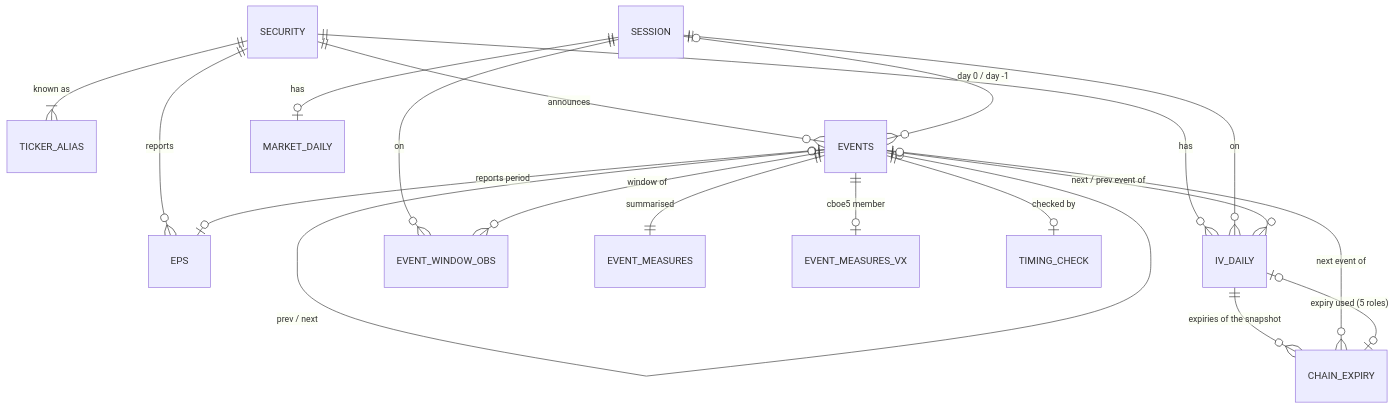
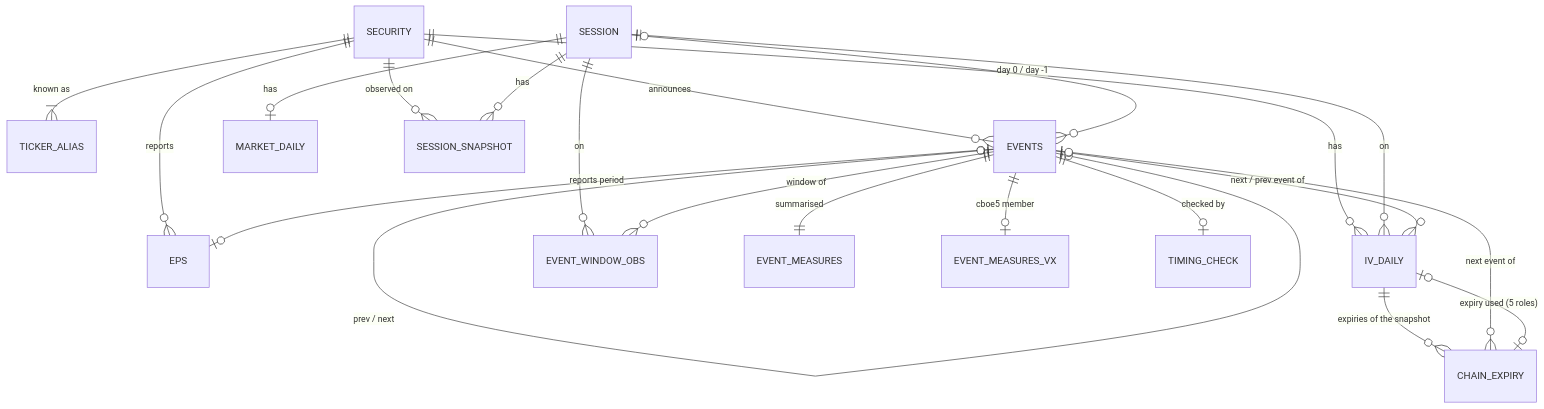
One commit to rajib2k5/earnings-vol-study changed the diagram in docs/architecture/data-model.md. Above: the diagram before and after it, drawn with Mermaid. The commit also changed other lines of this file and 216 other files, not shown here.

````diff
--- a/docs/architecture/data-model.md
+++ b/docs/architecture/data-model.md
@@ -784,21 +837,23 @@
 ```mermaid
 erDiagram
   SECURITY ||--|{ TICKER_ALIAS : "known as"
   SECURITY ||--o{ EVENTS : announces
   SECURITY ||--o{ EPS : reports
   SECURITY ||--o{ IV_DAILY : has
   SESSION ||--o| MARKET_DAILY : has
   SESSION ||--o{ IV_DAILY : on
   SESSION |o--o{ EVENTS : "day 0 / day -1"
   SESSION ||--o{ EVENT_WINDOW_OBS : on
   IV_DAILY ||--o{ CHAIN_EXPIRY : "expiries of the snapshot"
   CHAIN_EXPIRY |o--o| IV_DAILY : "expiry used (5 roles)"
   EVENTS |o--o| EPS : "reports period"
   EVENTS |o--o| EVENTS : "prev / next"
   EVENTS ||--|| EVENT_MEASURES : summarised
   EVENTS ||--o| EVENT_MEASURES_VX : "cboe5 member"
   EVENTS ||--o| TIMING_CHECK : "checked by"
   EVENTS ||--o{ EVENT_WINDOW_OBS : "window of"
   EVENTS |o--o{ IV_DAILY : "next / prev event of"
   EVENTS |o--o{ CHAIN_EXPIRY : "next event of"
+  SECURITY ||--o{ SESSION_SNAPSHOT : "observed on"
+  SESSION ||--o{ SESSION_SNAPSHOT : has
 ```
````
